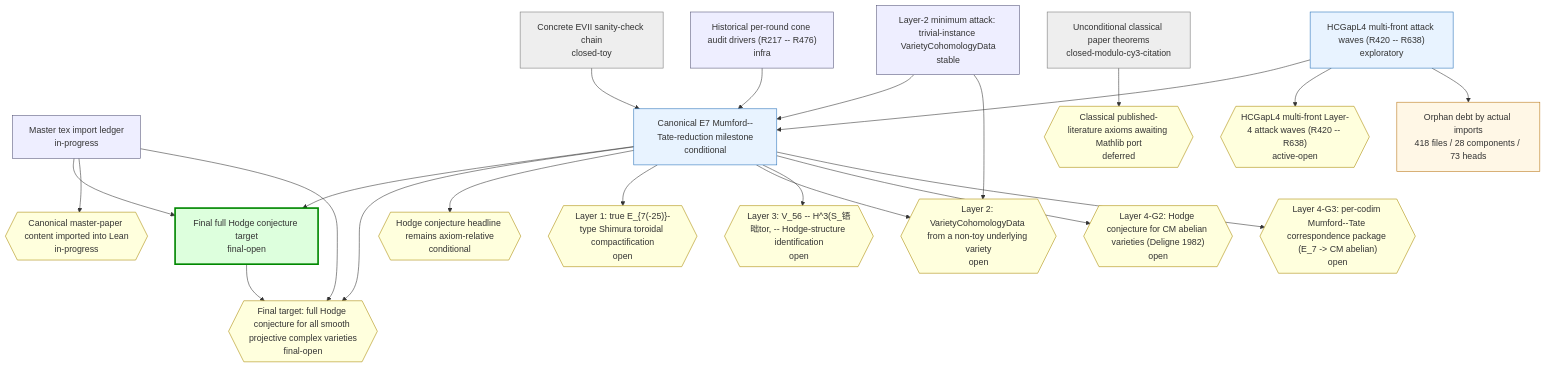
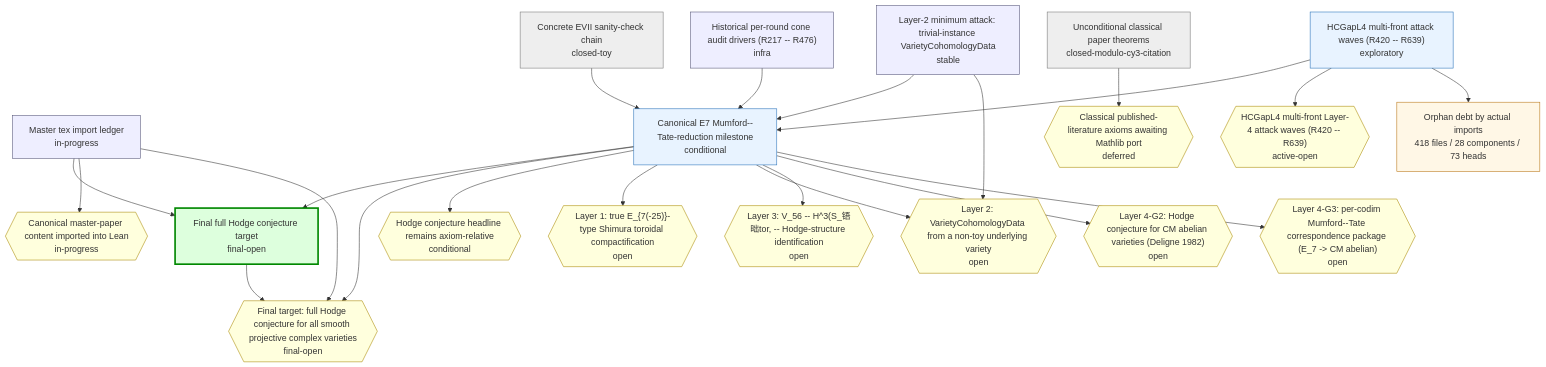
The first of 2 diagrams in chain-status/research-map.md (crabsatellite/hodge-conjecture-lean4-formalization), drawn with Mermaid before and after one commit. The commit also changed other lines of this file and 7 other files, not shown here.

````diff
--- a/chain-status/research-map.md
+++ b/chain-status/research-map.md
@@ -46,54 +46,54 @@
 ```mermaid
 graph TD
   classDef main fill:#dfd,stroke:#080,stroke-width:3px
   classDef active fill:#e8f3ff,stroke:#2670b8
   classDef support fill:#eef,stroke:#557
   classDef closed fill:#eee,stroke:#777
   classDef dead fill:#fdd,stroke:#a00,stroke-width:2px
   classDef gapOpen fill:#ffd,stroke:#a80
   classDef gapClosed fill:#eee,stroke:#777
   classDef gapDead fill:#fdd,stroke:#a00
   classDef debt fill:#fff7e6,stroke:#b87514
   classDef debtTaxonomy fill:#e8f3ff,stroke:#2670b8,stroke-dasharray:3 3
   classDef debtRule fill:#eefbea,stroke:#398439,stroke-dasharray:3 3
   classDef debtDead fill:#fdd,stroke:#a00,stroke-dasharray:3 3
   chain_full_hc_final_target["Final full Hodge conjecture target\nfinal-open"]:::main
   chain_master_paper_import_ledger["Master tex import ledger\nin-progress"]:::support
   chain_main_hc_axiom_relative["Canonical E7 Mumford--Tate-reduction milestone\nconditional"]:::active
   chain_unconditional_classical["Unconditional classical paper theorems\nclosed-modulo-cy3-citation"]:::closed
   chain_hcgap_l2_trivial_instances["Layer-2 minimum attack: trivial-instance VarietyCohomologyData\nstable"]:::support
-  chain_hcgap_l4_multifront_active["HCGapL4 multi-front attack waves (R420 -- R638)\nexploratory"]:::active
+  chain_hcgap_l4_multifront_active["HCGapL4 multi-front attack waves (R420 -- R639)\nexploratory"]:::active
   chain_concrete_evii_toy["Concrete EVII sanity-check chain\nclosed-toy"]:::closed
   chain_historical_cone_audits["Historical per-round cone audit drivers (R217 -- R476)\ninfra"]:::support
   gap_G_full_hc{{"Final target: full Hodge conjecture for all smooth projective complex varieties\nfinal-open"}}:::gapOpen
   gap_G_master_paper_import{{"Canonical master-paper content imported into Lean\nin-progress"}}:::gapOpen
   gap_G_main_hc{{"Hodge conjecture headline remains axiom-relative\nconditional"}}:::gapOpen
   gap_G_l1_e7_shimura_tor{{"Layer 1: true E_{7(-25)}-type Shimura toroidal compactification\nopen"}}:::gapOpen
   gap_G_l2_cohomology_construction{{"Layer 2: VarietyCohomologyData from a non-toy underlying variety\nopen"}}:::gapOpen
   gap_G_l3_v56_mt_identification{{"Layer 3: V_56 -- H^3(S_铻昢tor, -- Hodge-structure identification\nopen"}}:::gapOpen
   gap_G_l4_cm_abelian_hc{{"Layer 4-G2: Hodge conjecture for CM abelian varieties (Deligne 1982)\nopen"}}:::gapOpen
   gap_G_l4_mt_correspondence{{"Layer 4-G3: per-codim Mumford--Tate correspondence package (E_7 -> CM abelian)\nopen"}}:::gapOpen
   gap_G_classical_mathlib_port{{"Classical published-literature axioms awaiting Mathlib port\ndeferred"}}:::gapOpen
-  gap_G_hcgap_l4_multifront{{"HCGapL4 multi-front Layer-4 attack waves (R420 -- R638)\nactive-open"}}:::gapOpen
+  gap_G_hcgap_l4_multifront{{"HCGapL4 multi-front Layer-4 attack waves (R420 -- R639)\nactive-open"}}:::gapOpen
   chain_full_hc_final_target --> gap_G_full_hc
   chain_master_paper_import_ledger --> chain_full_hc_final_target
   chain_master_paper_import_ledger --> gap_G_master_paper_import
   chain_master_paper_import_ledger --> gap_G_full_hc
   chain_main_hc_axiom_relative --> chain_full_hc_final_target
   chain_main_hc_axiom_relative --> gap_G_full_hc
   chain_main_hc_axiom_relative --> gap_G_main_hc
   chain_main_hc_axiom_relative --> gap_G_l1_e7_shimura_tor
   chain_main_hc_axiom_relative --> gap_G_l2_cohomology_construction
   chain_main_hc_axiom_relative --> gap_G_l3_v56_mt_identification
   chain_main_hc_axiom_relative --> gap_G_l4_cm_abelian_hc
   chain_main_hc_axiom_relative --> gap_G_l4_mt_correspondence
   chain_unconditional_classical --> gap_G_classical_mathlib_port
   chain_hcgap_l2_trivial_instances --> chain_main_hc_axiom_relative
   chain_hcgap_l2_trivial_instances --> gap_G_l2_cohomology_construction
   chain_hcgap_l4_multifront_active --> chain_main_hc_axiom_relative
   chain_hcgap_l4_multifront_active --> gap_G_hcgap_l4_multifront
   chain_concrete_evii_toy --> chain_main_hc_axiom_relative
   chain_historical_cone_audits --> chain_main_hc_axiom_relative
   debt_all["Orphan debt by actual imports\n418 files / 28 components / 73 heads"]:::debt
   chain_hcgap_l4_multifront_active --> debt_all
 ```
````
